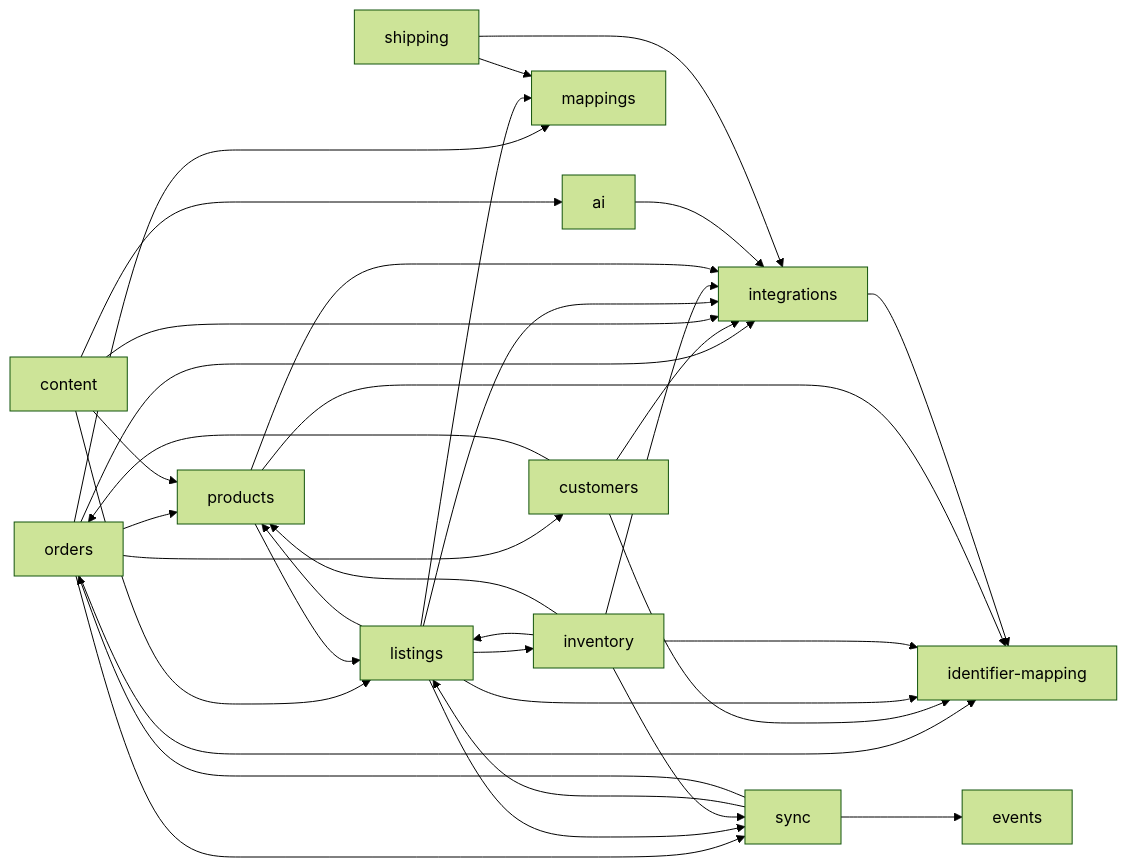
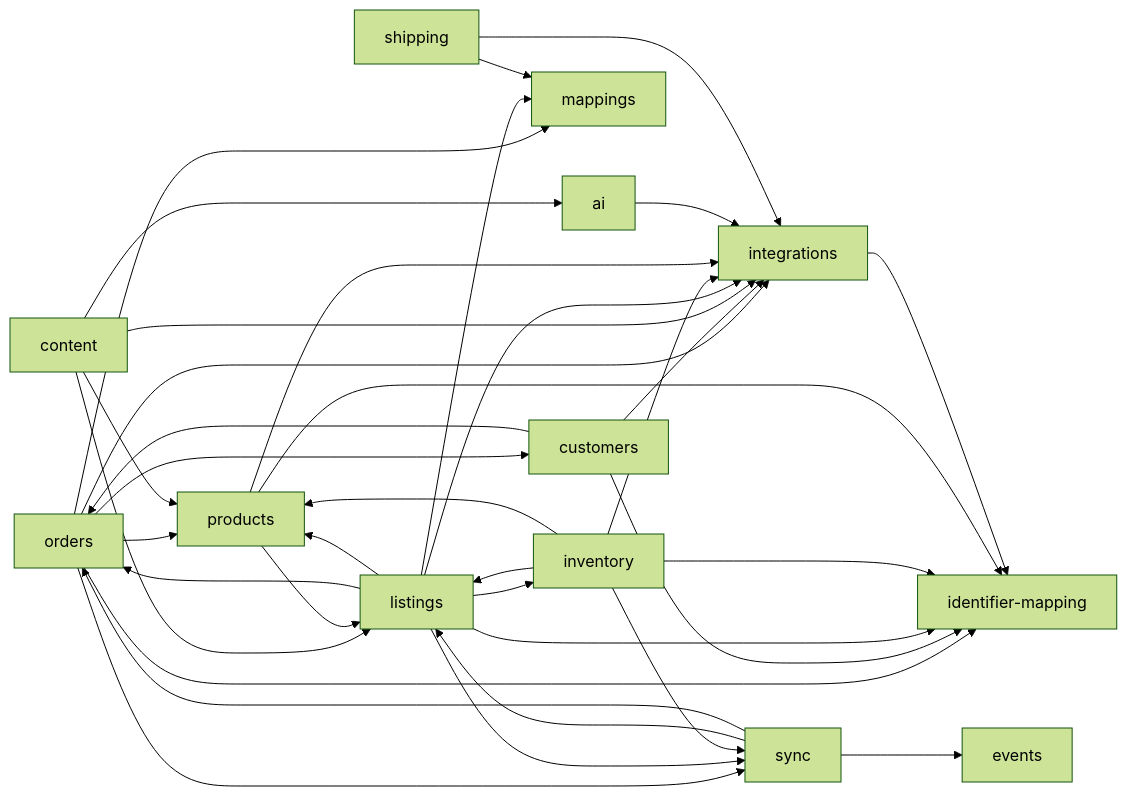
The diagram in docs/architecture-overview.md (openlinker-project/openlinker), drawn with Mermaid (forest theme) before and after one commit. The commit also changed other lines of this file and 24 other files, not shown here.

````diff
--- a/docs/architecture-overview.md
+++ b/docs/architecture-overview.md
@@ -1142,37 +1143,38 @@
 ```mermaid
 graph LR
   orders --> customers
   orders --> identifier-mapping
   orders --> integrations
   orders --> mappings
   orders --> products
   orders --> sync
   customers --> identifier-mapping
   customers --> integrations
   customers --> orders
   content --> ai
   content --> integrations
   content --> listings
   content --> products
   listings --> identifier-mapping
   listings --> integrations
   listings --> inventory
   listings --> mappings
+  listings --> orders
   listings --> products
   listings --> sync
   inventory --> identifier-mapping
   inventory --> integrations
   inventory --> listings
   inventory --> products
   inventory --> sync
   products --> identifier-mapping
   products --> integrations
   products --> listings
   sync --> events
   sync --> listings
   sync --> orders
   ai --> integrations
   integrations --> identifier-mapping
   shipping --> integrations
   shipping --> mappings
 ```
````
